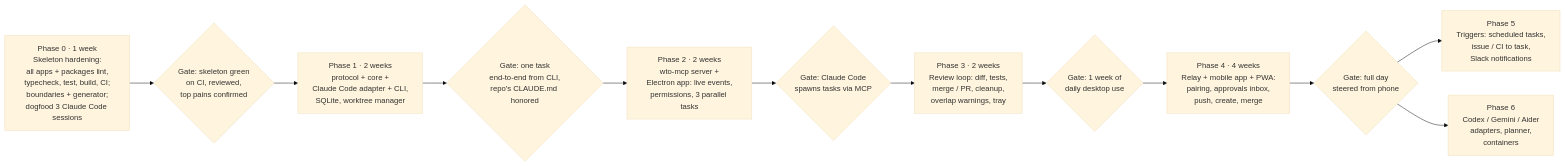
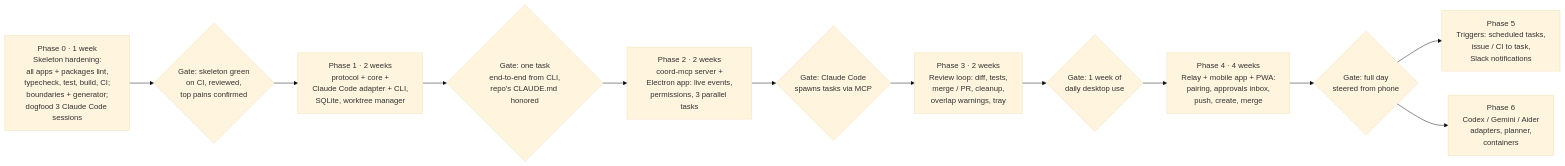
Before and after one commit to HITMANdark07/coord: the third of 3 diagrams in docs/PRD.md, drawn with Mermaid (base theme). The commit also changed other lines of this file and 95 other files, not shown here.

````diff
--- a/docs/PRD.md
+++ b/docs/PRD.md
@@ -467,14 +476,14 @@
 ```mermaid
 flowchart LR
     P0["Phase 0 · 1 week<br/>Skeleton hardening:<br/>all apps + packages lint,<br/>typecheck, test, build, CI;<br/>boundaries + generator;<br/>dogfood 3 Claude Code sessions"] --> G0{Gate: skeleton green<br/>on CI, reviewed,<br/>top pains confirmed}
     G0 --> P1["Phase 1 · 2 weeks<br/>protocol + core +<br/>Claude Code adapter + CLI,<br/>SQLite, worktree manager"]
     P1 --> G1{Gate: one task<br/>end-to-end from CLI,<br/>repo's CLAUDE.md honored}
-    G1 --> P2["Phase 2 · 2 weeks<br/>wto-mcp server +<br/>Electron app: live events,<br/>permissions, 3 parallel tasks"]
+    G1 --> P2["Phase 2 · 2 weeks<br/>coord-mcp server +<br/>Electron app: live events,<br/>permissions, 3 parallel tasks"]
     P2 --> G2{Gate: Claude Code<br/>spawns tasks via MCP}
     G2 --> P3["Phase 3 · 2 weeks<br/>Review loop: diff, tests,<br/>merge / PR, cleanup,<br/>overlap warnings, tray"]
     P3 --> G3{Gate: 1 week of<br/>daily desktop use}
     G3 --> P4["Phase 4 · 4 weeks<br/>Relay + mobile app + PWA:<br/>pairing, approvals inbox,<br/>push, create, merge"]
     P4 --> G4{Gate: full day<br/>steered from phone}
     G4 --> P5["Phase 5<br/>Triggers: scheduled tasks,<br/>issue / CI to task,<br/>Slack notifications"]
     G4 --> P6["Phase 6<br/>Codex / Gemini / Aider<br/>adapters, planner,<br/>containers"]
 ```
````
